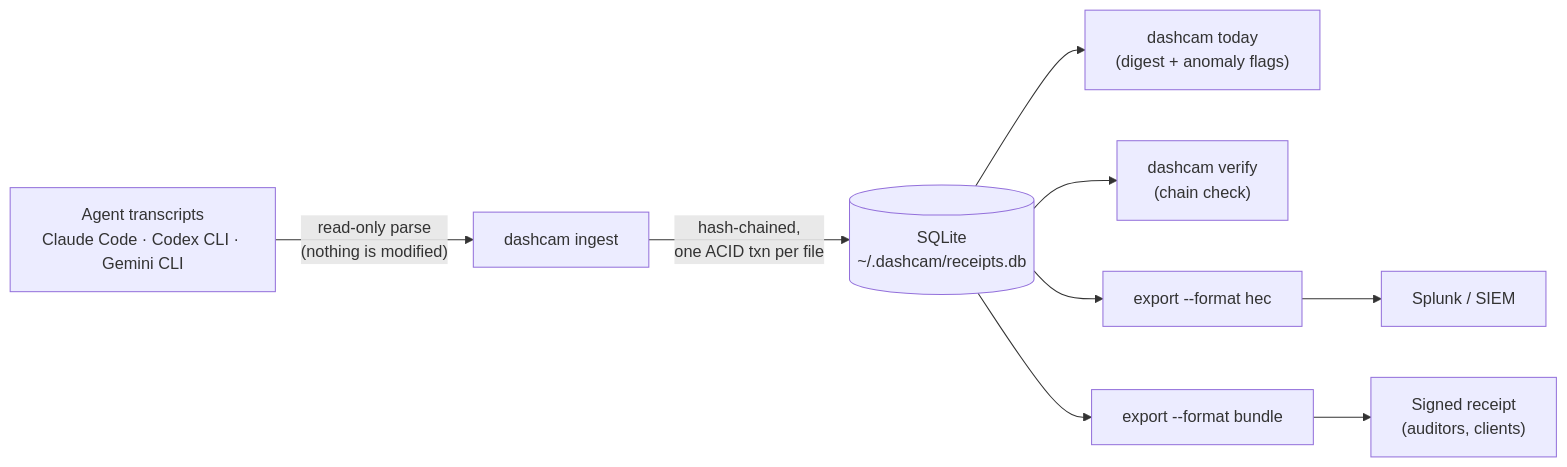
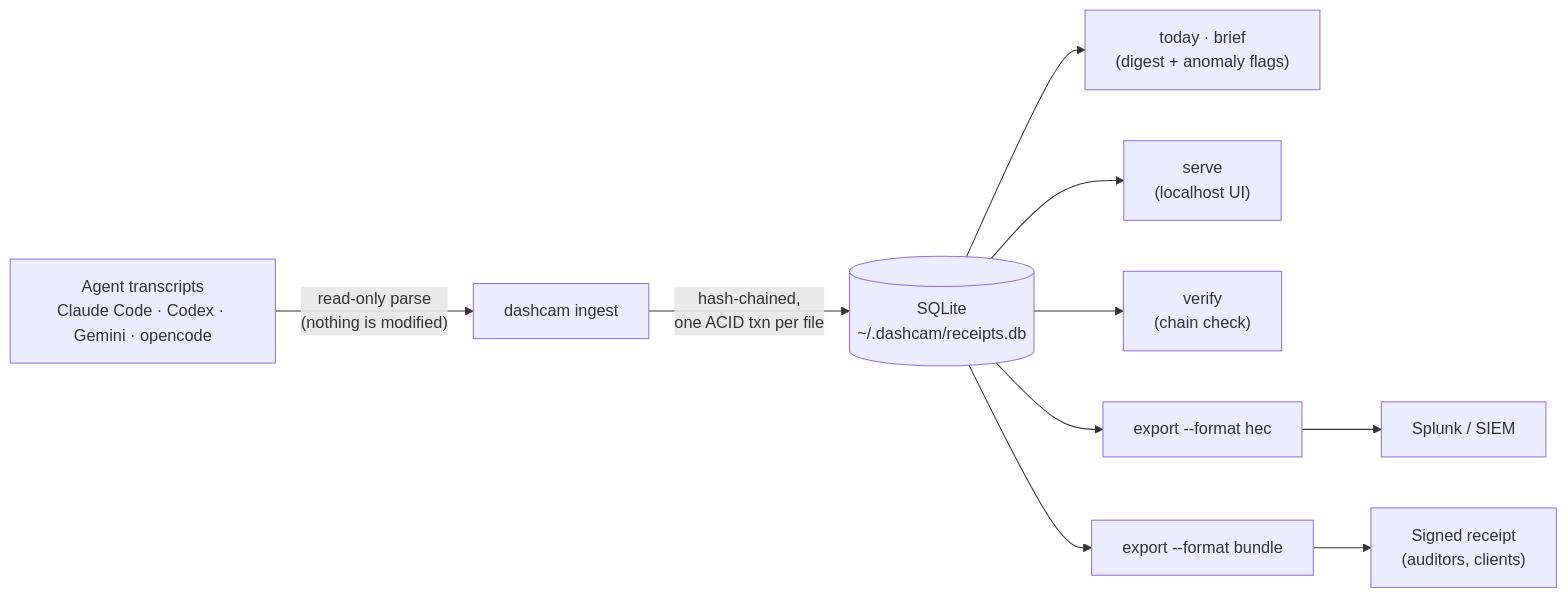
Before and after one commit to Varshith-Kali/dashcam: the diagram in README.md, drawn with Mermaid. The commit also changed other lines of this file and 12 other files, not shown here.

First line of the commit message:
v0.3+v0.4: complete product — opencode, serve, brief

````diff
--- a/README.md
+++ b/README.md
@@ -67,11 +71,12 @@
 ```mermaid
 flowchart LR
-    A["Agent transcripts<br/>Claude Code · Codex CLI · Gemini CLI"] -->|"read-only parse<br/>(nothing is modified)"| B["dashcam ingest"]
+    A["Agent transcripts<br/>Claude Code · Codex · Gemini · opencode"] -->|"read-only parse<br/>(nothing is modified)"| B["dashcam ingest"]
     B -->|"hash-chained,<br/>one ACID txn per file"| C[("SQLite<br/>~/.dashcam/receipts.db")]
-    C --> D["dashcam today<br/>(digest + anomaly flags)"]
-    C --> E["dashcam verify<br/>(chain check)"]
-    C --> F["export --format hec"]
-    F --> G["Splunk / SIEM"]
-    C --> H["export --format bundle"]
-    H --> I["Signed receipt<br/>(auditors, clients)"]
+    C --> D["today · brief<br/>(digest + anomaly flags)"]
+    C --> E["serve<br/>(localhost UI)"]
+    C --> F["verify<br/>(chain check)"]
+    C --> G["export --format hec"]
+    G --> H["Splunk / SIEM"]
+    C --> I["export --format bundle"]
+    I --> J["Signed receipt<br/>(auditors, clients)"]
 ```
````
